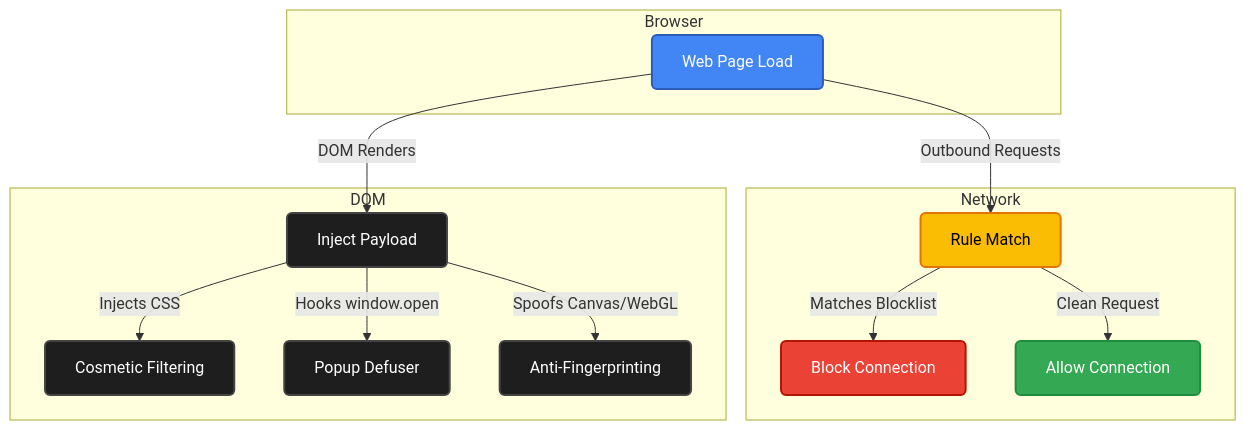
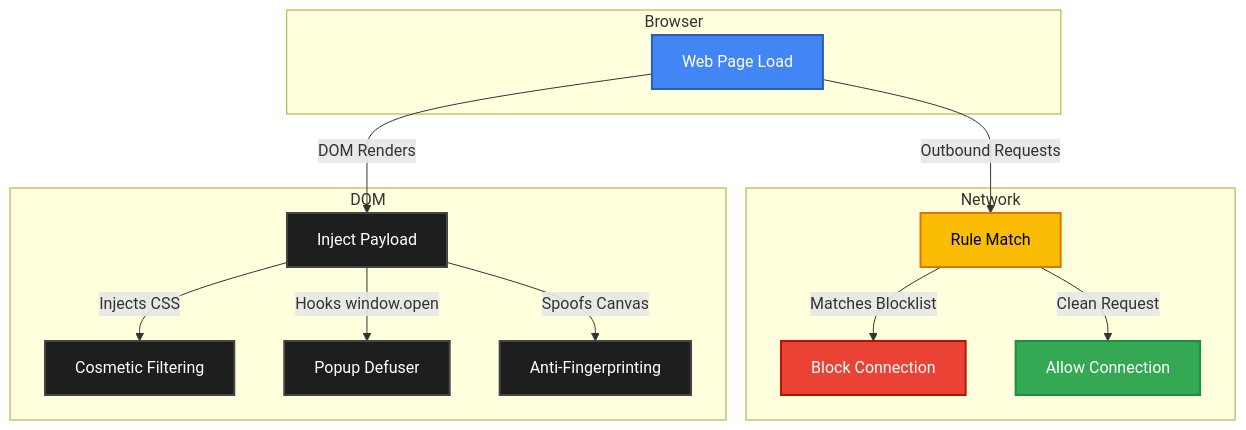
Before and after one commit to saksham-dev07/Blockforge-Ad-Block-Extension-: the diagram in README.md, drawn with Mermaid.

Commit message:
docs: simplify Canvas spoofing description and update default Mermaid class styles

````diff
--- a/README.md
+++ b/README.md
@@ -45,39 +45,39 @@
 ```mermaid
 graph TD
     subgraph Browser
         A[Web Page Load]
     end
 
     subgraph Network
         B[Rule Match]
         C[Block Connection]
         D[Allow Connection]
     end
 
     subgraph DOM
         E[Inject Payload]
         F[Cosmetic Filtering]
         G[Popup Defuser]
         H[Anti-Fingerprinting]
     end
 
     A -->|Outbound Requests| B
     B -->|Matches Blocklist| C
     B -->|Clean Request| D
     
     A -->|DOM Renders| E
     E -->|Injects CSS| F
     E -->|Hooks window.open| G
-    E -->|Spoofs Canvas/WebGL| H
+    E -->|Spoofs Canvas| H
 
-    classDef default fill:#1e1e1e,stroke:#444,stroke-width:2px,color:#fff,rx:5px,ry:5px;
+    classDef default fill:#1e1e1e,stroke:#444,stroke-width:2px,color:#fff;
     classDef startNode fill:#4285f4,stroke:#2b5cba,stroke-width:2px,color:#fff;
     classDef blocked fill:#ea4335,stroke:#b31404,stroke-width:2px,color:#fff;
     classDef allowed fill:#34a853,stroke:#1e8e3e,stroke-width:2px,color:#fff;
     classDef decision fill:#fbbc04,stroke:#e37400,stroke-width:2px,color:#000;
     
     class A startNode
     class B decision
     class C blocked
     class D allowed
 ```
````
